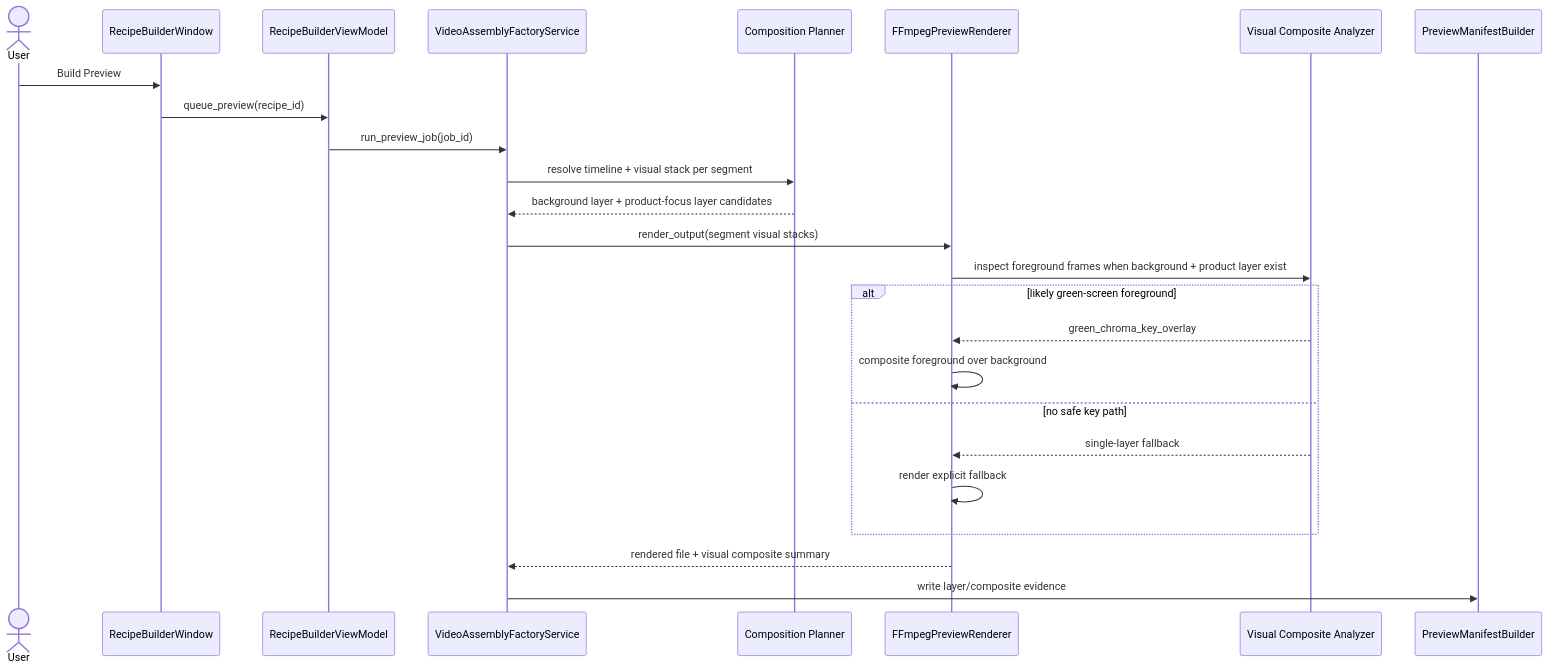
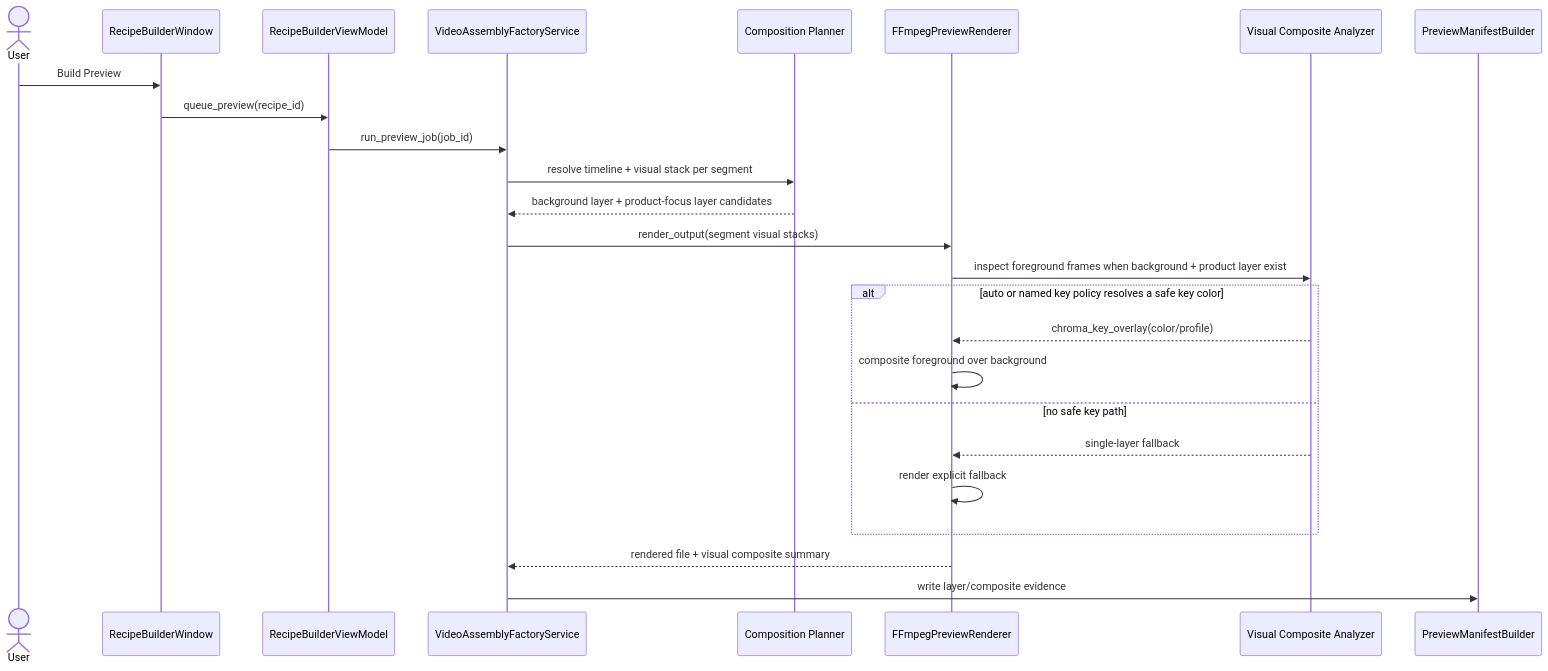
One commit to idev006/MTClipFactory changed the first of 2 diagrams in doc/18_Composition_and_Timeline_Policy.md. Above: the diagram before and after it, drawn with Mermaid. The commit also changed other lines of this file and 14 other files, not shown here.

Commit message:
Add settings-backed multi-color key policy

````diff
--- a/doc/18_Composition_and_Timeline_Policy.md
+++ b/doc/18_Composition_and_Timeline_Policy.md
@@ -213,28 +246,28 @@
 ```mermaid
 sequenceDiagram
     actor User
     participant View as RecipeBuilderWindow
     participant VM as RecipeBuilderViewModel
     participant Factory as VideoAssemblyFactoryService
     participant Planner as Composition Planner
     participant Render as FFmpegPreviewRenderer
     participant Detect as Visual Composite Analyzer
     participant Manifest as PreviewManifestBuilder
 
     User->>View: Build Preview
     View->>VM: queue_preview(recipe_id)
     VM->>Factory: run_preview_job(job_id)
     Factory->>Planner: resolve timeline + visual stack per segment
     Planner-->>Factory: background layer + product-focus layer candidates
     Factory->>Render: render_output(segment visual stacks)
     Render->>Detect: inspect foreground frames when background + product layer exist
-    alt likely green-screen foreground
-        Detect-->>Render: green_chroma_key_overlay
+    alt auto or named key policy resolves a safe key color
+        Detect-->>Render: chroma_key_overlay(color/profile)
         Render->>Render: composite foreground over background
     else no safe key path
         Detect-->>Render: single-layer fallback
         Render->>Render: render explicit fallback
     end
     Render-->>Factory: rendered file + visual composite summary
     Factory->>Manifest: write layer/composite evidence
 ```
````
